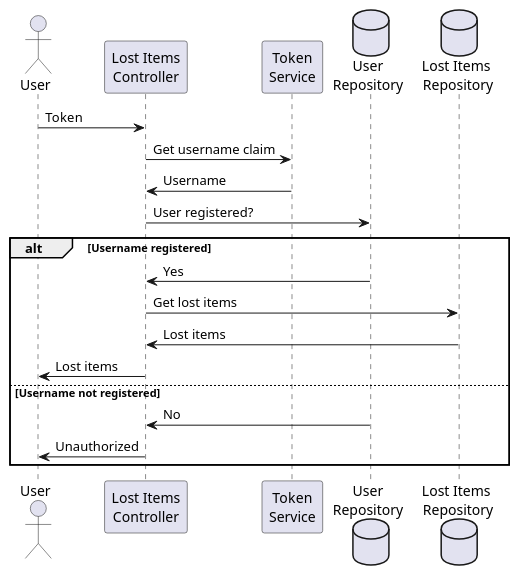
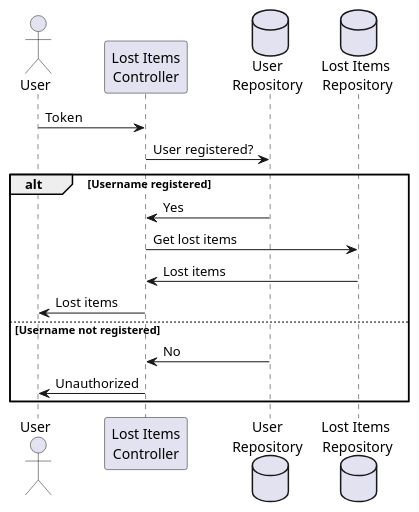
Before and after one commit to manoloesparta/lostinparadise: the diagram in docs/lost.plantuml, drawn with PlantUML. The commit also changed 78 other files, not shown here.

```diff
--- a/docs/lost.plantuml
+++ b/docs/lost.plantuml
@@ -1,28 +1,25 @@
 @startuml Lost Items Functionality
 
 actor User
 participant "Lost Items\nController" as Controller
-participant "Token\nService" as Token
 database "User\nRepository" as UserRepo
 database "Lost Items\n Repository" as LostRepo
 
 User -> Controller: Token
-Controller -> Token: Get username claim
-Token -> Controller: Username
 Controller -> UserRepo: User registered?
 
 alt Username registered
 
     UserRepo -> Controller: Yes
     Controller -> LostRepo: Get lost items
     LostRepo -> Controller: Lost items
     Controller -> User: Lost items
 
 else Username not registered
 
     UserRepo -> Controller: No
     Controller -> User: Unauthorized
 
 end
 
 @enduml
```
